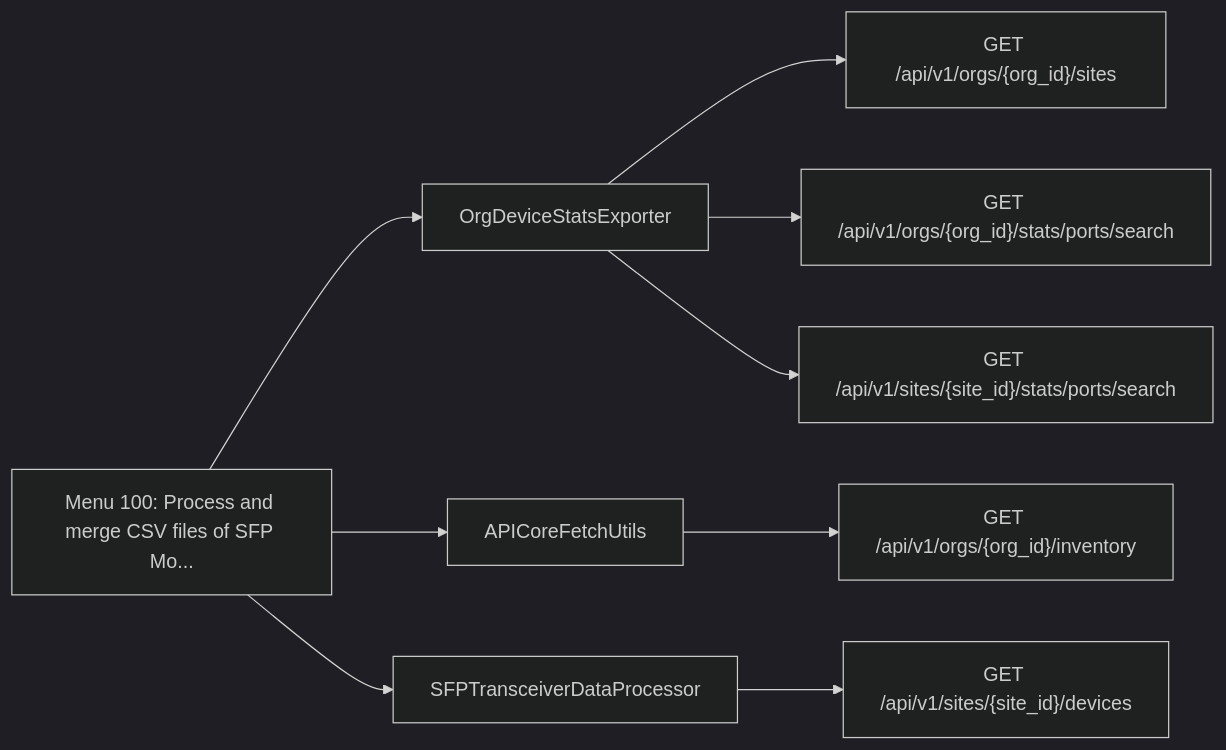
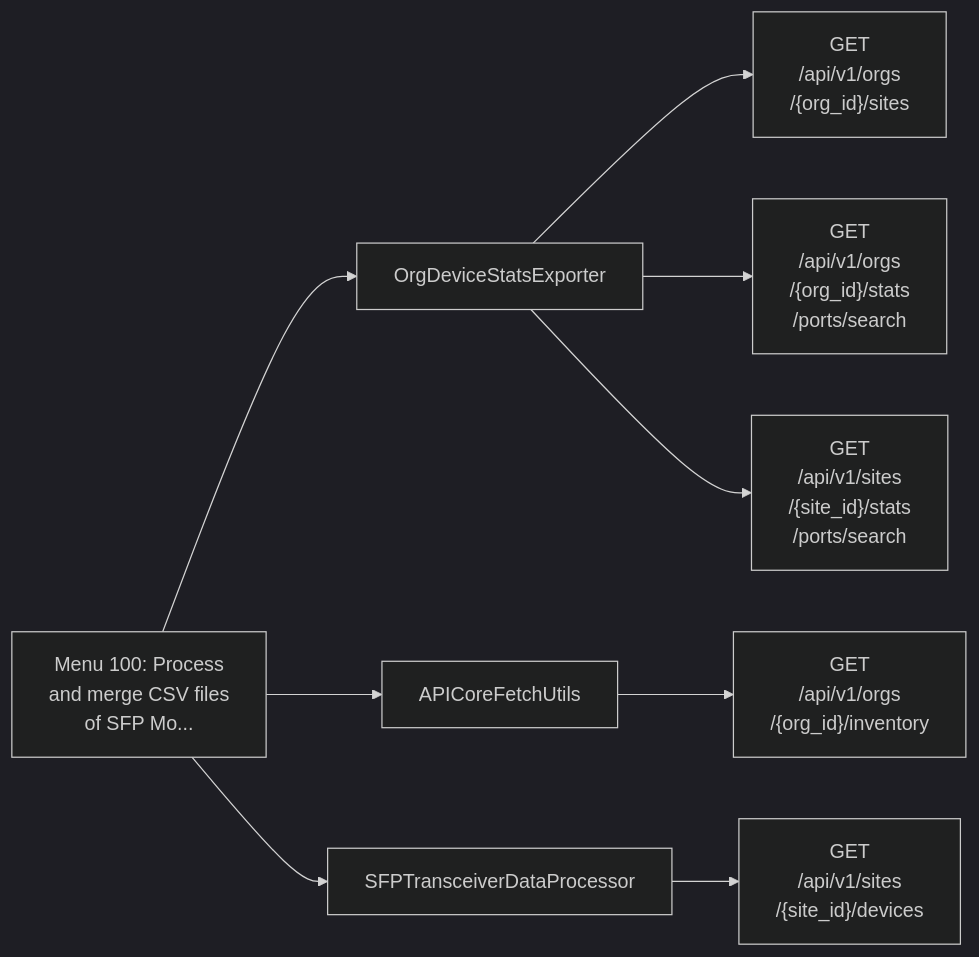
Before and after one commit to jmorrison-juniper/MistHelper: the ninth of 11 diagrams in documentation/menu-api/resource-intensive.md, drawn with Mermaid (dark theme). The commit also changed other lines of this file and 19 other files, not shown here.

First line of the commit message:
docs(menu-api): fit the Mermaid diagrams to the wiki column

````diff
--- a/documentation/menu-api/resource-intensive.md
+++ b/documentation/menu-api/resource-intensive.md
@@ -233,12 +191,12 @@
 ```mermaid
 flowchart LR
-    menu["Menu 100: Process and merge CSV files of SFP Mo..."]
+    menu["Menu 100: Process<br/>and merge CSV files<br/>of SFP Mo..."]
     menu --> c1["OrgDeviceStatsExporter"]
-    c1 --> e1["GET /api/v1/orgs/{org_id}/sites"]
-    c1 --> e2["GET /api/v1/orgs/{org_id}/stats/ports/search"]
-    c1 --> e3["GET /api/v1/sites/{site_id}/stats/ports/search"]
+    c1 --> e1["GET<br/>/api/v1/orgs<br/>/{org_id}/sites"]
+    c1 --> e2["GET<br/>/api/v1/orgs<br/>/{org_id}/stats<br/>/ports/search"]
+    c1 --> e3["GET<br/>/api/v1/sites<br/>/{site_id}/stats<br/>/ports/search"]
     menu --> c2["APICoreFetchUtils"]
-    c2 --> e4["GET /api/v1/orgs/{org_id}/inventory"]
+    c2 --> e4["GET<br/>/api/v1/orgs<br/>/{org_id}/inventory"]
     menu --> c3["SFPTransceiverDataProcessor"]
-    c3 --> e5["GET /api/v1/sites/{site_id}/devices"]
+    c3 --> e5["GET<br/>/api/v1/sites<br/>/{site_id}/devices"]
 ```
````
